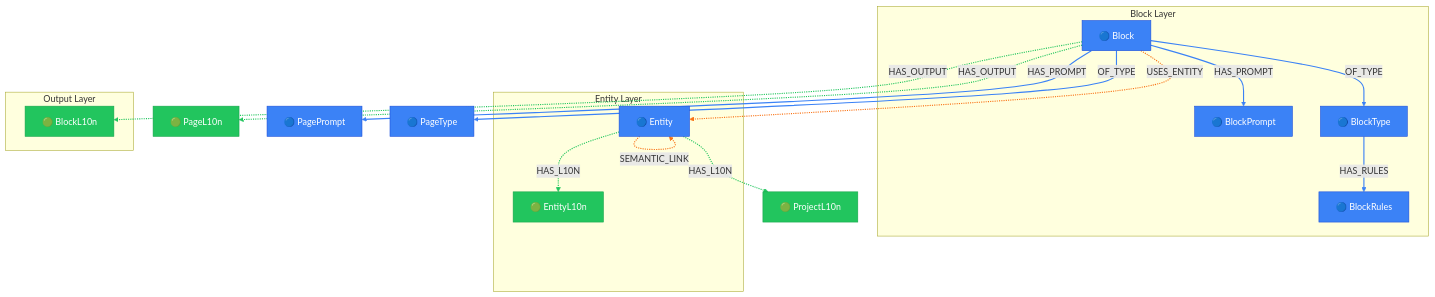
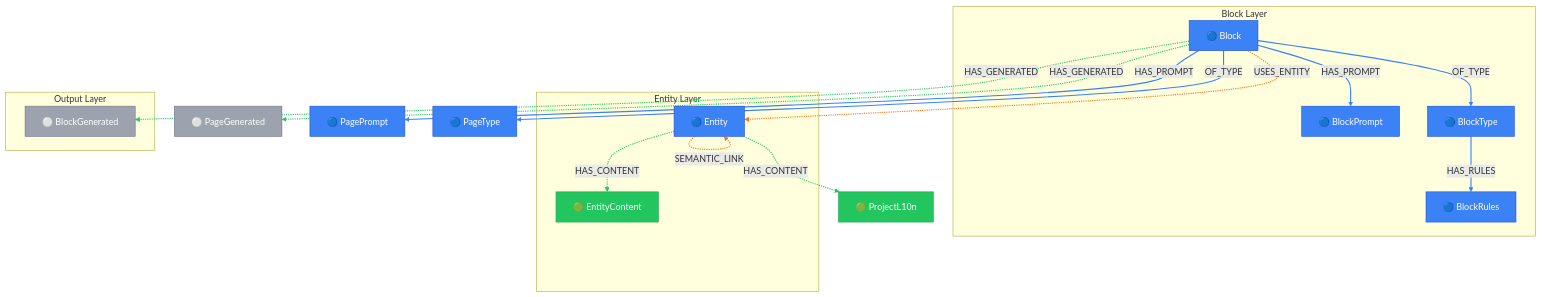
Before and after one commit to supernovae-st/novanet: the diagram in packages/core/models/docs/block-generation.md, drawn with Mermaid. The commit also changed other lines of this file and 20 other files, not shown here.

````diff
--- a/packages/core/models/docs/block-generation.md
+++ b/packages/core/models/docs/block-generation.md
@@ -26,65 +26,65 @@
 ```mermaid
 flowchart TB
   %% View: Block Generation Context (block-generation)
   %% 11 nodes, 11 arcs
 
   %% Trait styling (node_trait)
   classDef invariant fill:#3b82f6,stroke:#1d4ed8,color:#fff
   classDef localized fill:#22c55e,stroke:#16a34a,color:#fff
   classDef knowledge fill:#8b5cf6,stroke:#7c3aed,color:#fff
   classDef derived fill:#9ca3af,stroke:#6b7280,color:#fff
   classDef job fill:#6b7280,stroke:#4b5563,color:#fff
 
   subgraph BLOCK_LAYER["Block Layer"]
     Block["🔵 Block"]
     BlockPrompt["🔵 BlockPrompt"]
     BlockType["🔵 BlockType"]
     BlockRules["🔵 BlockRules"]
   end
 
   subgraph ENTITY_LAYER["Entity Layer"]
     Entity["🔵 Entity"]
-    EntityL10n["🟢 EntityL10n"]
+    EntityContent["🟢 EntityContent"]
   end
 
   subgraph OUTPUT_LAYER["Output Layer"]
-    BlockL10n["🟢 BlockL10n"]
+    BlockGenerated["⚪ BlockGenerated"]
   end
 
   %% Additional reachable nodes
-  PageL10n["🟢 PageL10n"]
+  PageGenerated["⚪ PageGenerated"]
   PagePrompt["🔵 PagePrompt"]
   PageType["🔵 PageType"]
   ProjectL10n["🟢 ProjectL10n"]
 
   %% Relationships (styled by arc family)
-  Block -.->|HAS_OUTPUT| BlockL10n
-  Block -.->|HAS_OUTPUT| PageL10n
+  Block -.->|HAS_GENERATED| BlockGenerated
+  Block -.->|HAS_GENERATED| PageGenerated
   Block -->|HAS_PROMPT| BlockPrompt
   Block -->|HAS_PROMPT| PagePrompt
   Block -->|OF_TYPE| BlockType
   Block -->|OF_TYPE| PageType
   Block -.->|USES_ENTITY| Entity
   BlockType -->|HAS_RULES| BlockRules
-  Entity -.->|HAS_L10N| EntityL10n
-  Entity -.->|HAS_L10N| ProjectL10n
+  Entity -.->|HAS_CONTENT| EntityContent
+  Entity -.->|HAS_CONTENT| ProjectL10n
   Entity -.->|SEMANTIC_LINK| Entity
 
   %% Arc colors by family
   linkStyle 0,1,8,9 stroke:#22c55e,stroke-width:2px
   linkStyle 2,3,4,5,7 stroke:#3b82f6,stroke-width:2px
   linkStyle 6,10 stroke:#f97316,stroke-width:2px
 
   %% Class assignments
   class Block invariant
-  class BlockL10n localized
+  class BlockGenerated derived
   class BlockPrompt invariant
   class BlockRules invariant
   class BlockType invariant
   class Entity invariant
-  class EntityL10n localized
-  class PageL10n localized
+  class EntityContent localized
+  class PageGenerated derived
   class PagePrompt invariant
   class PageType invariant
   class ProjectL10n localized
 ```
````
